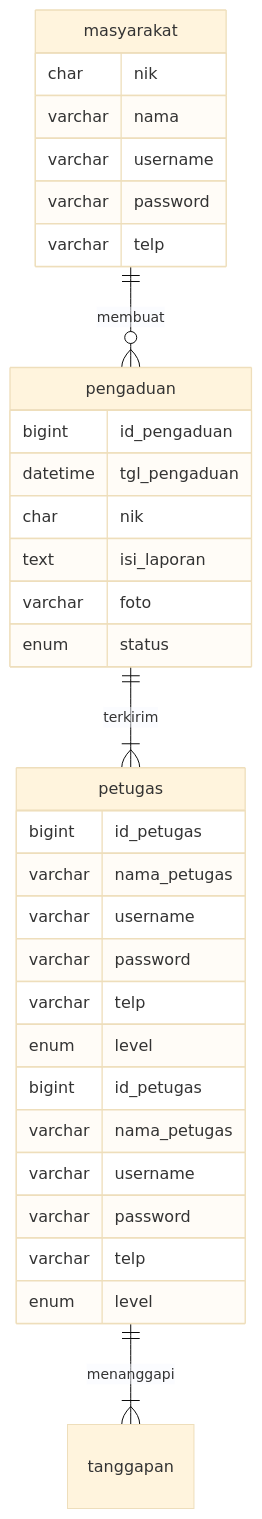
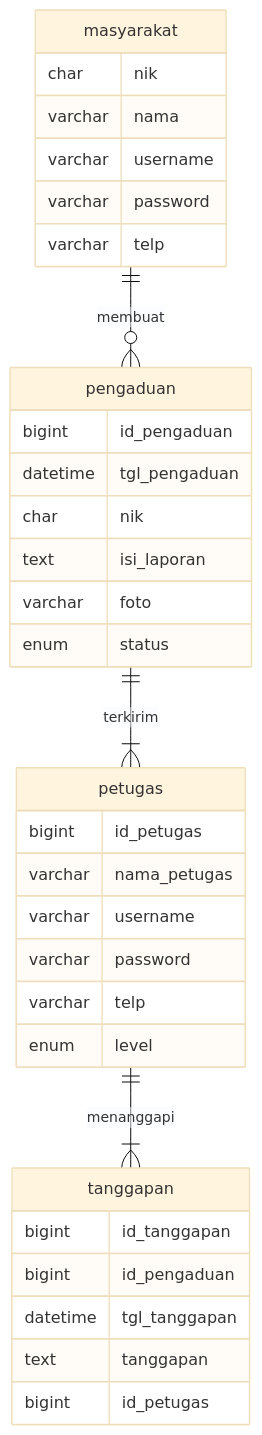
The diagram in job_interview.md (fauzanzianulhaq/pengenalan-informatika), drawn with Mermaid (base theme) before and after one commit.

````diff
--- a/job_interview.md
+++ b/job_interview.md
@@ -15,37 +15,36 @@
 ```mermaid
 erDiagram
     masyarakat ||--o{ pengaduan : membuat
     masyarakat {
         char nik
         varchar nama
         varchar username
         varchar password
         varchar telp
     }
     pengaduan ||--|{ petugas : terkirim
     pengaduan {
         bigint id_pengaduan
         datetime tgl_pengaduan
         char nik
         text isi_laporan
         varchar foto
         enum status
     }
     petugas ||--|{ tanggapan : menanggapi
     petugas {
         bigint id_petugas
         varchar nama_petugas
         varchar username
         varchar password
         varchar telp
         enum level
     }
-    petugas {
+    tanggapan {
+        bigint id_tanggapan
+        bigint id_pengaduan
+        datetime tgl_tanggapan
+        text tanggapan
         bigint id_petugas
-        varchar nama_petugas
-        varchar username
-        varchar password
-        varchar telp
-        enum level
 }
 ```
````
